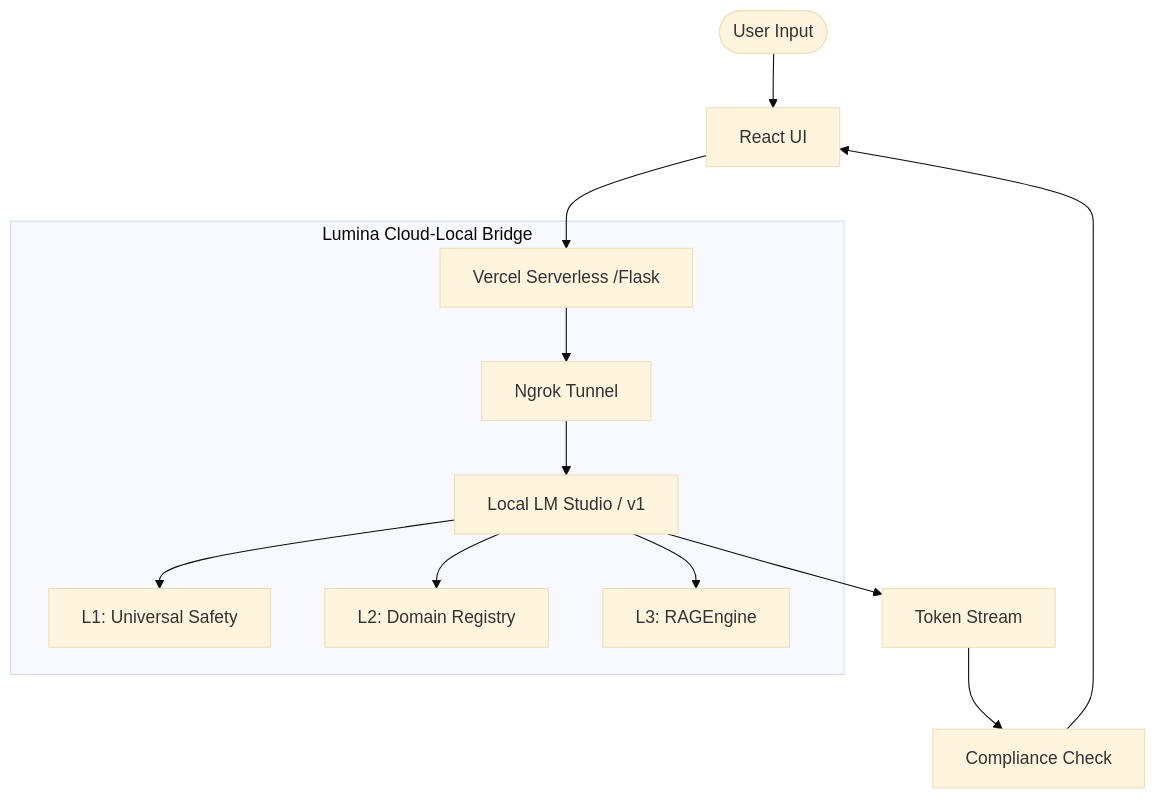
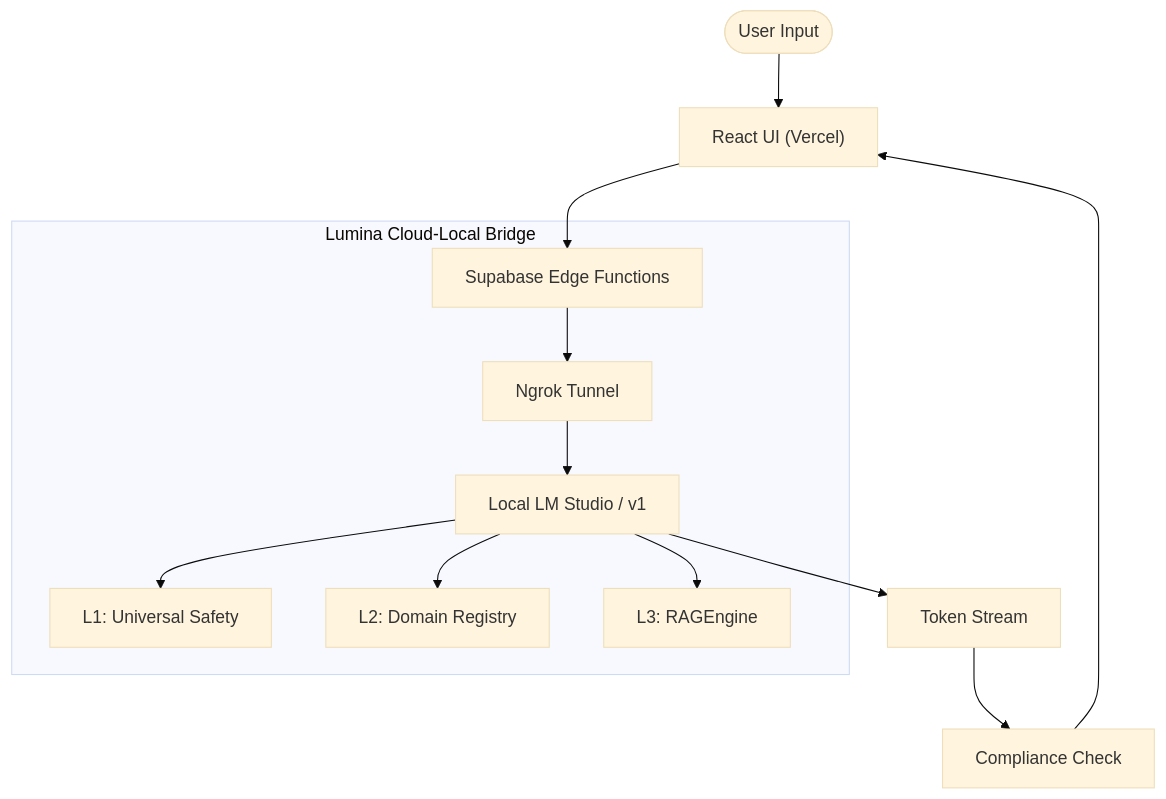
The diagram in DOCS-EN.md (D4RKL0RD-J0571N/Lumina-Automated-Context-Aware-Engagement---Compliance-Engine), drawn with Mermaid (base theme) before and after one commit. The commit also changed other lines of this file and 8 other files, not shown here.

````diff
--- a/DOCS-EN.md
+++ b/DOCS-EN.md
@@ -15,15 +15,15 @@
 ```mermaid
 graph TD
-    User([User Input]) --> Frontend[React UI]
-    Frontend --> Vercel[Vercel Serverless /Flask]
+    User([User Input]) --> Frontend["React UI (Vercel)"]
+    Frontend --> EdgeFn["Supabase Edge Functions"]
     subgraph Engine ["Lumina Cloud-Local Bridge"]
-        Vercel --> Ngrok[Ngrok Tunnel]
+        EdgeFn --> Ngrok[Ngrok Tunnel]
         Ngrok --> LocalAI[Local LM Studio / v1]
         LocalAI --> L1[L1: Universal Safety]
         LocalAI --> L2[L2: Domain Registry]
         LocalAI --> L3[L3: RAGEngine]
     end
     LocalAI --> Stream[Token Stream]
     Stream --> Interceptor[Compliance Check]
     Interceptor --> Frontend
 ```
````
